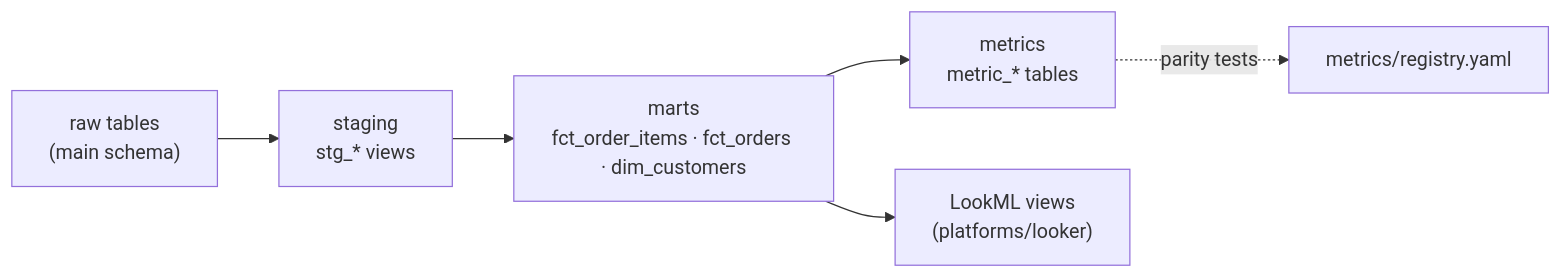
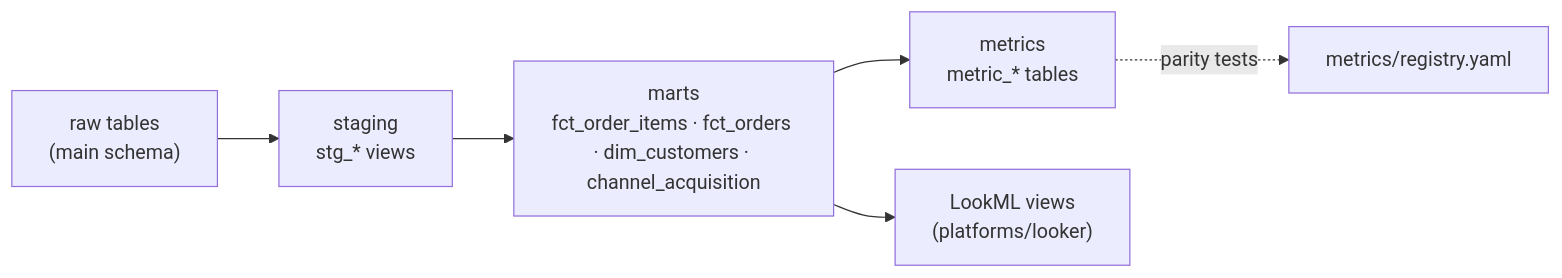
The diagram in platforms/dbt/README.md (davidayala16/bi-framework), drawn with Mermaid before and after one commit. The commit also changed other lines of this file and 17 other files, not shown here.

````diff
--- a/platforms/dbt/README.md
+++ b/platforms/dbt/README.md
@@ -22,8 +22,8 @@
 ```mermaid
 flowchart LR
     RAW["raw tables<br/>(main schema)"] --> STG["staging<br/>stg_* views"]
-    STG --> MARTS["marts<br/>fct_order_items · fct_orders · dim_customers"]
+    STG --> MARTS["marts<br/>fct_order_items · fct_orders · dim_customers · channel_acquisition"]
     MARTS --> MET["metrics<br/>metric_* tables"]
     MARTS --> LOOKML["LookML views<br/>(platforms/looker)"]
     MET -.parity tests.-> REG["metrics/registry.yaml"]
 ```
````
